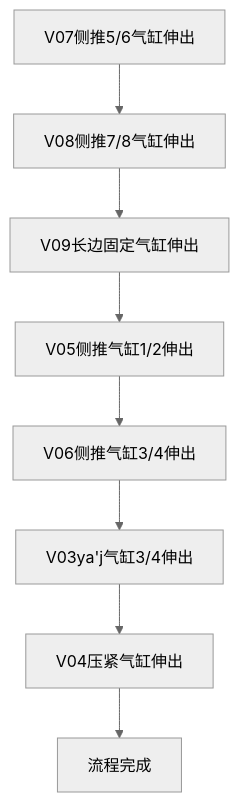
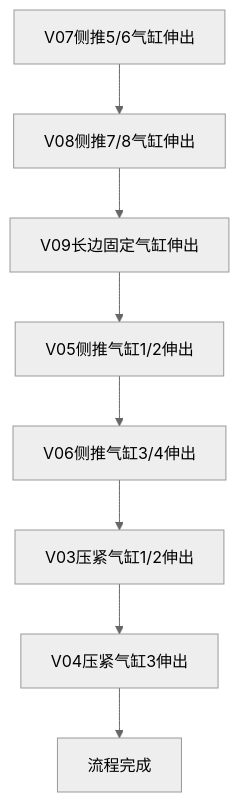
The diagram in all/OP30气缸固定子流程.md (PengKun1/iodraw-files), drawn with Mermaid (neutral theme) before and after one commit.

Commit message:
2024-08-06 16:51:38 update

````diff
--- a/all/OP30气缸固定子流程.md
+++ b/all/OP30气缸固定子流程.md
@@ -1,12 +1,12 @@
 ```mermaid
 graph TD
 10[V07侧推5/6气缸伸出]-->20
 20[V08侧推7/8气缸伸出]-->30
 30[V09长边固定气缸伸出]-->40
 40[V05侧推气缸1/2伸出]-->50
 50[V06侧推气缸3/4伸出]-->60
-60[V03ya'j气缸3/4伸出]-->70
-70[V04压紧气缸伸出]-->80
+60[V03压紧气缸1/2伸出]-->70
+70[V04压紧气缸3伸出]-->80
 80[流程完成]
   
 ```
````
